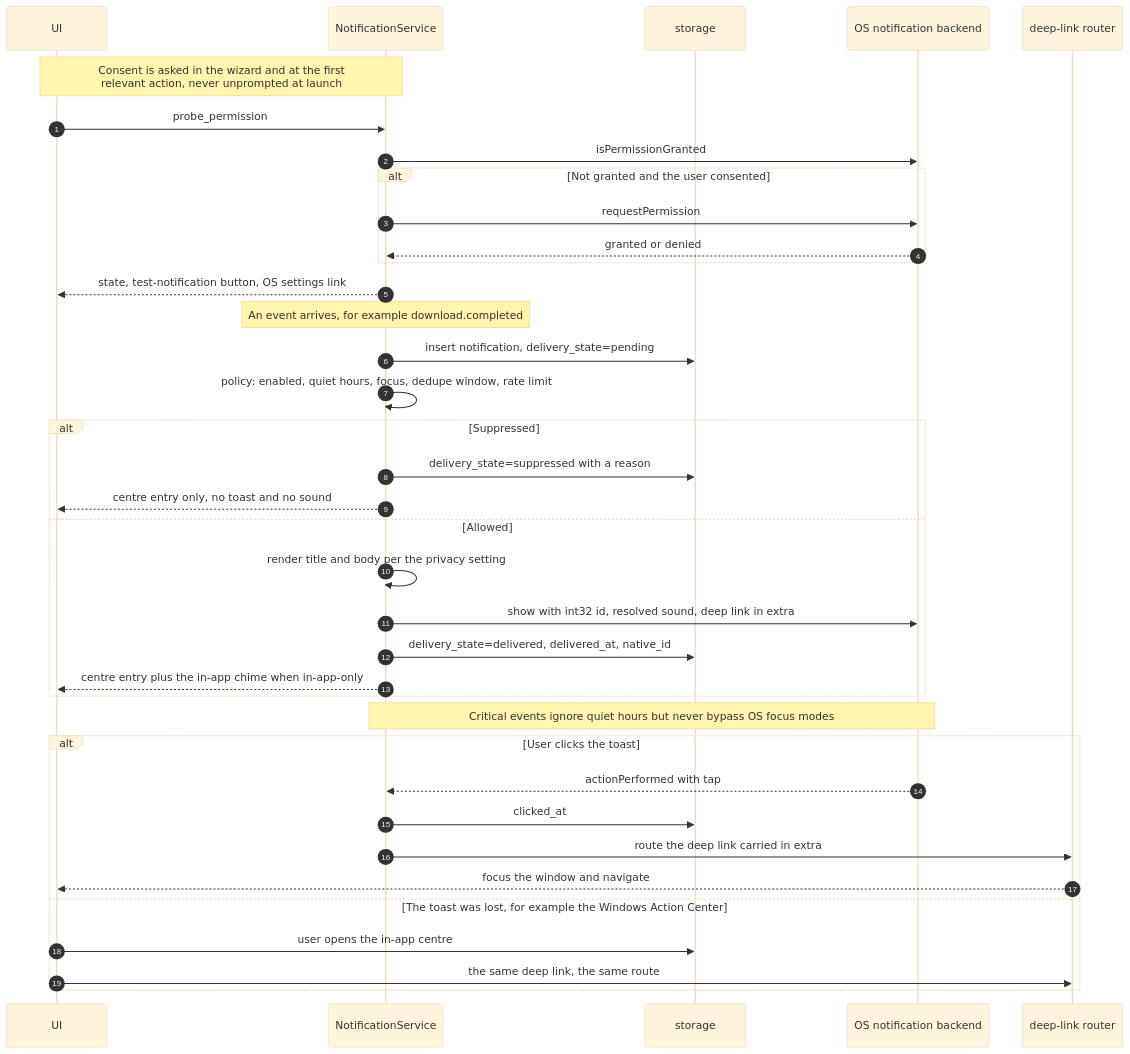
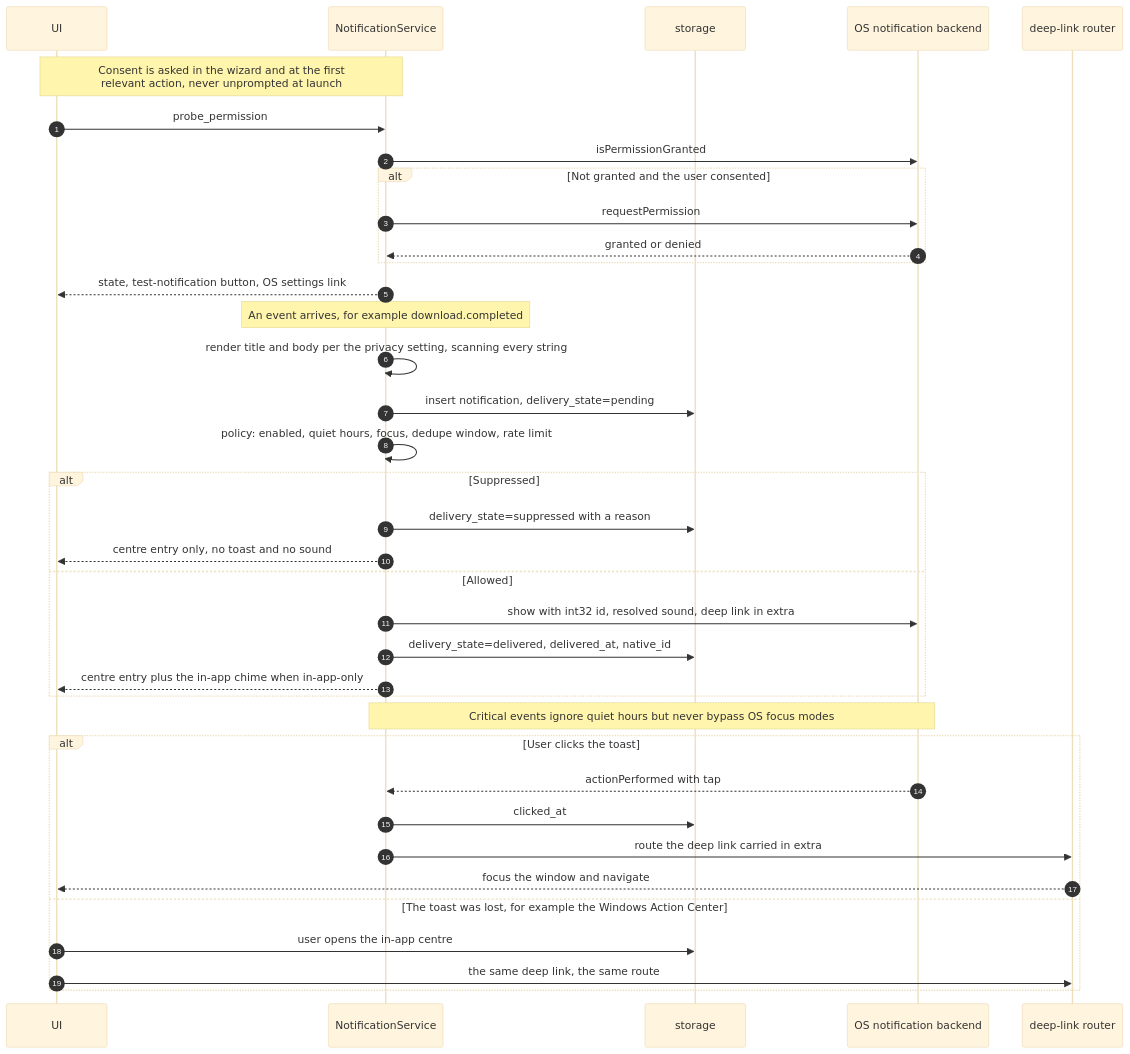
Before and after one commit to DavidNgugi/peregrine: diagram 13 of 20 in docs/FLOWS.md, drawn with Mermaid (base theme). The commit also changed other lines of this file and 14 other files, not shown here.

````diff
--- a/docs/FLOWS.md
+++ b/docs/FLOWS.md
@@ -614,45 +614,45 @@
 ```mermaid
 sequenceDiagram
     autonumber
     participant UI
     participant NS as NotificationService
     participant DB as storage
     participant OS as OS notification backend
     participant Deep as deep-link router
 
     Note over UI,NS: Consent is asked in the wizard and at the first<br/>relevant action, never unprompted at launch
 
     UI->>NS: probe_permission
     NS->>OS: isPermissionGranted
     alt Not granted and the user consented
         NS->>OS: requestPermission
         OS-->>NS: granted or denied
     end
     NS-->>UI: state, test-notification button, OS settings link
 
     Note over NS: An event arrives, for example download.completed
+    NS->>NS: render title and body per the privacy setting, scanning every string
     NS->>DB: insert notification, delivery_state=pending
     NS->>NS: policy: enabled, quiet hours, focus, dedupe window, rate limit
 
     alt Suppressed
         NS->>DB: delivery_state=suppressed with a reason
         NS-->>UI: centre entry only, no toast and no sound
     else Allowed
-        NS->>NS: render title and body per the privacy setting
         NS->>OS: show with int32 id, resolved sound, deep link in extra
         NS->>DB: delivery_state=delivered, delivered_at, native_id
         NS-->>UI: centre entry plus the in-app chime when in-app-only
     end
 
     Note over NS,OS: Critical events ignore quiet hours but never bypass OS focus modes
 
     alt User clicks the toast
         OS-->>NS: actionPerformed with tap
         NS->>DB: clicked_at
         NS->>Deep: route the deep link carried in extra
         Deep-->>UI: focus the window and navigate
     else The toast was lost, for example the Windows Action Center
         UI->>DB: user opens the in-app centre
         UI->>Deep: the same deep link, the same route
     end
 ```
````
